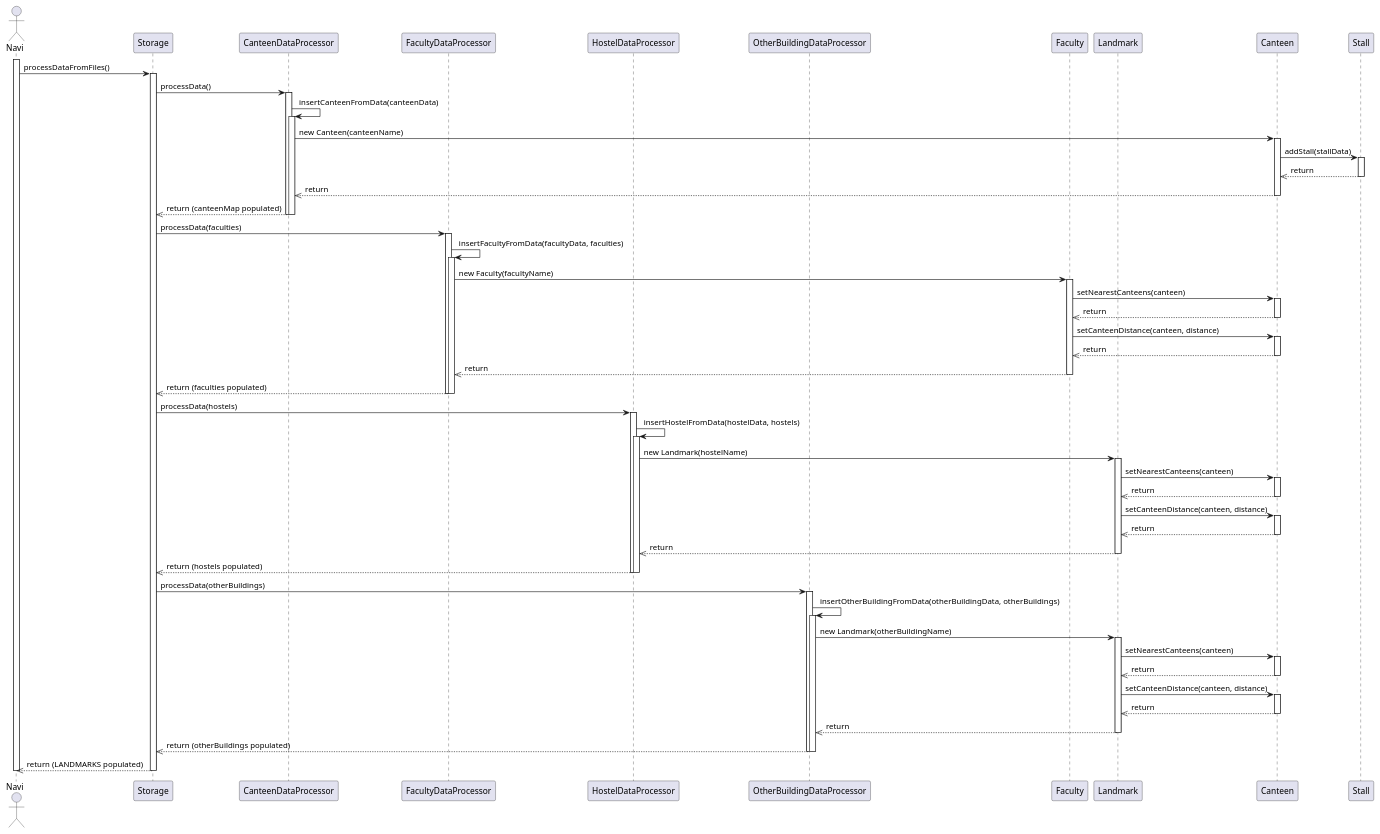
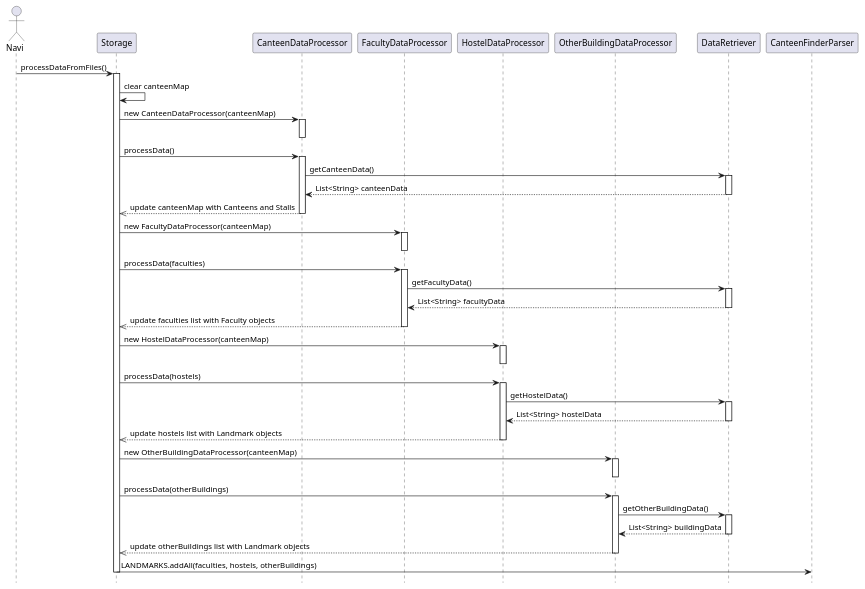
One commit to AY2425S2-CS2113-W12-2/tp changed the diagram in docs/diagrams/plantuml.puml. Above: the diagram before and after it, drawn with PlantUML.

Commit message:
Editted the plantuml diagram

```diff
--- a/docs/diagrams/plantuml.puml
+++ b/docs/diagrams/plantuml.puml
@@ -1,99 +1,74 @@
 @startuml
+' Hide the bottom lifeline boxes (those vertical dashed lines with the "X" at the bottom)
+hide footbox
 
-actor Navi
+Actor Navi
+
 participant Storage
 participant CanteenDataProcessor
 participant FacultyDataProcessor
 participant HostelDataProcessor
 participant OtherBuildingDataProcessor
-participant Faculty
-participant Landmark
-participant Canteen
-participant Stall
+participant DataRetriever
+participant CanteenFinderParser
 
-activate Navi
-    Navi -> Storage : processDataFromFiles()
-    activate Storage
-        Storage -> CanteenDataProcessor : processData()
-        activate CanteenDataProcessor
-            CanteenDataProcessor -> CanteenDataProcessor : insertCanteenFromData(canteenData)
-            activate CanteenDataProcessor
-            CanteenDataProcessor -> Canteen : new Canteen(canteenName)
-            activate Canteen
-                Canteen -> Stall : addStall(stallData)
-                activate Stall
-                Stall -->> Canteen : return
-                deactivate Stall
-            Canteen -->> CanteenDataProcessor : return
-            deactivate Canteen
-            CanteenDataProcessor -->> Storage : return (canteenMap populated)
-            deactivate CanteenDataProcessor
-        deactivate CanteenDataProcessor
+Navi -> Storage : processDataFromFiles()
+activate Storage
 
-        Storage -> FacultyDataProcessor : processData(faculties)
-        activate FacultyDataProcessor
-            FacultyDataProcessor -> FacultyDataProcessor : insertFacultyFromData(facultyData, faculties)
-            activate FacultyDataProcessor
-            FacultyDataProcessor -> Faculty : new Faculty(facultyName)
-            activate Faculty
-                Faculty -> Canteen : setNearestCanteens(canteen)
-                activate Canteen
-                Canteen -->> Faculty : return
-                deactivate Canteen
+Storage -> Storage : clear canteenMap
 
-                Faculty -> Canteen : setCanteenDistance(canteen, distance)
-                activate Canteen
-                Canteen -->> Faculty : return
-                deactivate Canteen
-            Faculty -->> FacultyDataProcessor : return
-            deactivate Faculty
-            FacultyDataProcessor -->> Storage : return (faculties populated)
-            deactivate FacultyDataProcessor
-        deactivate FacultyDataProcessor
+Storage -> CanteenDataProcessor : new CanteenDataProcessor(canteenMap)
+activate CanteenDataProcessor
+deactivate CanteenDataProcessor
 
-        Storage -> HostelDataProcessor : processData(hostels)
-        activate HostelDataProcessor
-            HostelDataProcessor -> HostelDataProcessor : insertHostelFromData(hostelData, hostels)
-            activate HostelDataProcessor
-            HostelDataProcessor -> Landmark : new Landmark(hostelName)
-            activate Landmark
-                Landmark -> Canteen : setNearestCanteens(canteen)
-                activate Canteen
-                Canteen -->> Landmark : return
-                deactivate Canteen
+Storage -> CanteenDataProcessor : processData()
+activate CanteenDataProcessor
+CanteenDataProcessor -> DataRetriever : getCanteenData()
+activate DataRetriever
+DataRetriever --> CanteenDataProcessor : List<String> canteenData
+deactivate DataRetriever
+CanteenDataProcessor -->> Storage : update canteenMap with Canteens and Stalls
+deactivate CanteenDataProcessor
 
-                Landmark -> Canteen : setCanteenDistance(canteen, distance)
-                activate Canteen
-                Canteen -->> Landmark : return
-                deactivate Canteen
-            Landmark -->> HostelDataProcessor : return
-            deactivate Landmark
-            HostelDataProcessor -->> Storage : return (hostels populated)
-            deactivate HostelDataProcessor
-        deactivate HostelDataProcessor
+Storage -> FacultyDataProcessor : new FacultyDataProcessor(canteenMap)
+activate FacultyDataProcessor
+deactivate FacultyDataProcessor
 
-        Storage -> OtherBuildingDataProcessor : processData(otherBuildings)
-        activate OtherBuildingDataProcessor
-            OtherBuildingDataProcessor -> OtherBuildingDataProcessor : insertOtherBuildingFromData(otherBuildingData, otherBuildings)
-            activate OtherBuildingDataProcessor
-            OtherBuildingDataProcessor -> Landmark : new Landmark(otherBuildingName)
-            activate Landmark
-                Landmark -> Canteen : setNearestCanteens(canteen)
-                activate Canteen
-                Canteen -->> Landmark : return
-                deactivate Canteen
+Storage -> FacultyDataProcessor : processData(faculties)
+activate FacultyDataProcessor
+FacultyDataProcessor -> DataRetriever : getFacultyData()
+activate DataRetriever
+DataRetriever --> FacultyDataProcessor : List<String> facultyData
+deactivate DataRetriever
+FacultyDataProcessor -->> Storage : update faculties list with Faculty objects
+deactivate FacultyDataProcessor
 
-                Landmark -> Canteen : setCanteenDistance(canteen, distance)
-                activate Canteen
-                Canteen -->> Landmark : return
-                deactivate Canteen
-            Landmark -->> OtherBuildingDataProcessor : return
-            deactivate Landmark
-            OtherBuildingDataProcessor -->> Storage : return (otherBuildings populated)
-            deactivate OtherBuildingDataProcessor
-        deactivate OtherBuildingDataProcessor
-    Storage -->> Navi : return (LANDMARKS populated)
-    deactivate Storage
-deactivate Navi
+Storage -> HostelDataProcessor : new HostelDataProcessor(canteenMap)
+activate HostelDataProcessor
+deactivate HostelDataProcessor
 
+Storage -> HostelDataProcessor : processData(hostels)
+activate HostelDataProcessor
+HostelDataProcessor -> DataRetriever : getHostelData()
+activate DataRetriever
+DataRetriever --> HostelDataProcessor : List<String> hostelData
+deactivate DataRetriever
+HostelDataProcessor -->> Storage : update hostels list with Landmark objects
+deactivate HostelDataProcessor
+
+Storage -> OtherBuildingDataProcessor : new OtherBuildingDataProcessor(canteenMap)
+activate OtherBuildingDataProcessor
+deactivate OtherBuildingDataProcessor
+
+Storage -> OtherBuildingDataProcessor : processData(otherBuildings)
+activate OtherBuildingDataProcessor
+OtherBuildingDataProcessor -> DataRetriever : getOtherBuildingData()
+activate DataRetriever
+DataRetriever --> OtherBuildingDataProcessor : List<String> buildingData
+deactivate DataRetriever
+OtherBuildingDataProcessor -->> Storage : update otherBuildings list with Landmark objects
+deactivate OtherBuildingDataProcessor
+
+Storage -> CanteenFinderParser : LANDMARKS.addAll(faculties, hostels, otherBuildings)
+deactivate Storage
 @enduml
```
